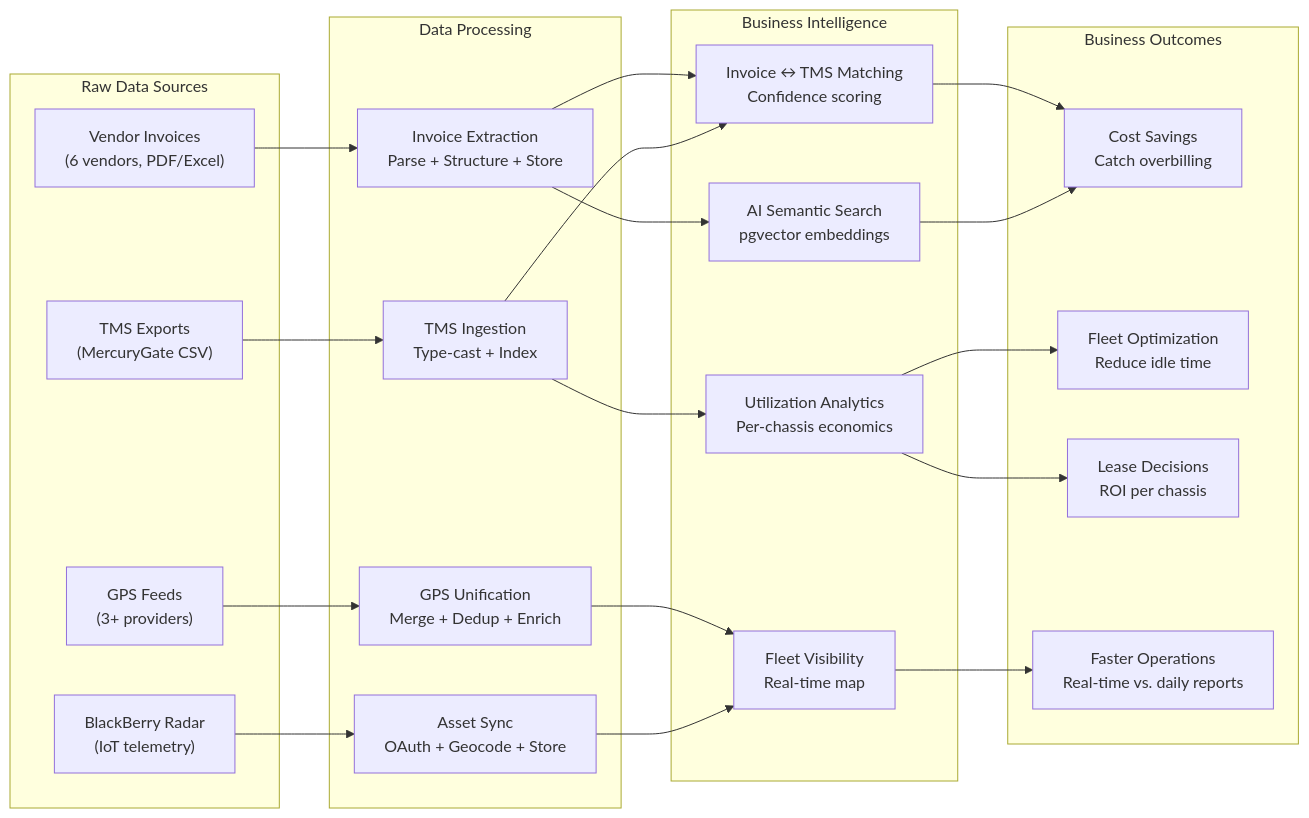
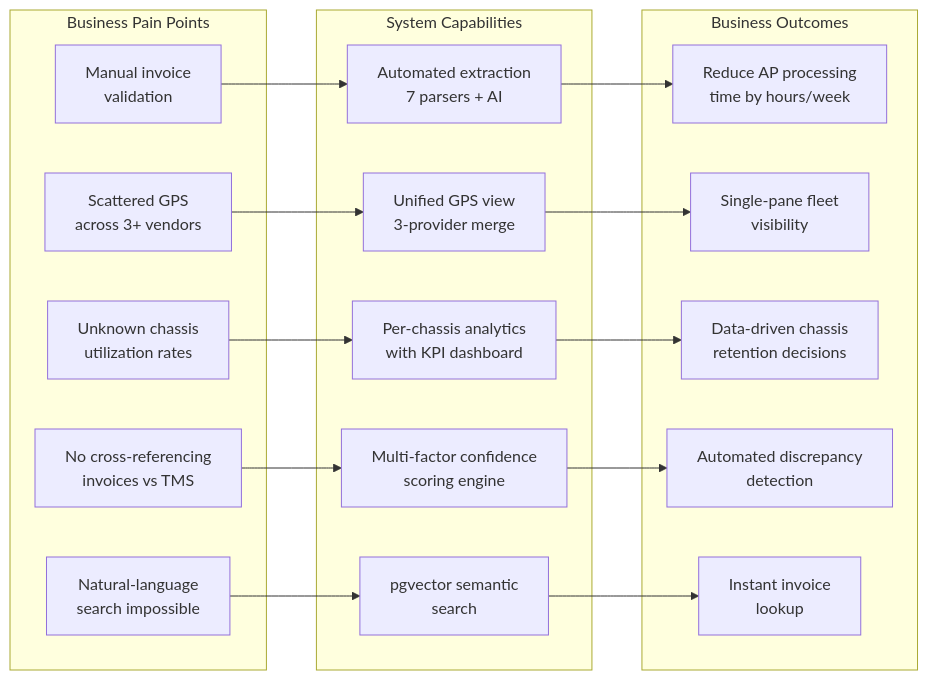
Diagram 14 of 14 in BUSINESS_LOGIC_REPORT.md (RichKingsASU/chassis-compass-navigator), drawn with Mermaid before and after one commit. The commit also changed other lines of this file, not shown here.

First line of the commit message:
Update BUSINESS_LOGIC_REPORT.md with PASS 2 — verified file:line refs, corrected data

````diff
--- a/BUSINESS_LOGIC_REPORT.md
+++ b/BUSINESS_LOGIC_REPORT.md
@@ -1113,48 +1102,32 @@
 ```mermaid
-graph LR
-    subgraph "Raw Data Sources"
-        GPS_RAW["GPS Feeds<br/>(3+ providers)"]
-        INV_RAW["Vendor Invoices<br/>(6 vendors, PDF/Excel)"]
-        TMS_RAW["TMS Exports<br/>(MercuryGate CSV)"]
-        BB_RAW["BlackBerry Radar<br/>(IoT telemetry)"]
+flowchart LR
+    subgraph Pain["Business Pain Points"]
+        P1["Manual invoice<br/>validation"]
+        P2["Scattered GPS<br/>across 3+ vendors"]
+        P3["Unknown chassis<br/>utilization rates"]
+        P4["No cross-referencing<br/>invoices vs TMS"]
+        P5["Natural-language<br/>search impossible"]
     end
 
-    subgraph "Data Processing"
-        GPS_UNIFY["GPS Unification<br/>Merge + Dedup + Enrich"]
-        INV_EXTRACT["Invoice Extraction<br/>Parse + Structure + Store"]
-        TMS_INGEST["TMS Ingestion<br/>Type-cast + Index"]
-        BB_SYNC["Asset Sync<br/>OAuth + Geocode + Store"]
+    subgraph Solution["System Capabilities"]
+        S1["Automated extraction<br/>7 parsers + AI"]
+        S2["Unified GPS view<br/>3-provider merge"]
+        S3["Per-chassis analytics<br/>with KPI dashboard"]
+        S4["Multi-factor confidence<br/>scoring engine"]
+        S5["pgvector semantic<br/>search"]
     end
 
-    subgraph "Business Intelligence"
-        MATCH["Invoice ↔ TMS Matching<br/>Confidence scoring"]
-        UTIL["Utilization Analytics<br/>Per-chassis economics"]
-        SEARCH["AI Semantic Search<br/>pgvector embeddings"]
-        MAP["Fleet Visibility<br/>Real-time map"]
+    subgraph Value["Business Outcomes"]
+        V1["Reduce AP processing<br/>time by hours/week"]
+        V2["Single-pane fleet<br/>visibility"]
+        V3["Data-driven chassis<br/>retention decisions"]
+        V4["Automated discrepancy<br/>detection"]
+        V5["Instant invoice<br/>lookup"]
     end
 
-    subgraph "Business Outcomes"
-        SAVE["Cost Savings<br/>Catch overbilling"]
-        OPTIMIZE["Fleet Optimization<br/>Reduce idle time"]
-        DECIDE["Lease Decisions<br/>ROI per chassis"]
-        SPEED["Faster Operations<br/>Real-time vs. daily reports"]
-    end
-
-    GPS_RAW --> GPS_UNIFY
-    INV_RAW --> INV_EXTRACT
-    TMS_RAW --> TMS_INGEST
-    BB_RAW --> BB_SYNC
-
-    GPS_UNIFY --> MAP
-    INV_EXTRACT --> MATCH
-    TMS_INGEST --> MATCH
-    TMS_INGEST --> UTIL
-    BB_SYNC --> MAP
-    INV_EXTRACT --> SEARCH
-
-    MATCH --> SAVE
-    UTIL --> OPTIMIZE
-    UTIL --> DECIDE
-    MAP --> SPEED
-    SEARCH --> SAVE
+    P1 --> S1 --> V1
+    P2 --> S2 --> V2
+    P3 --> S3 --> V3
+    P4 --> S4 --> V4
+    P5 --> S5 --> V5
 ```
````
